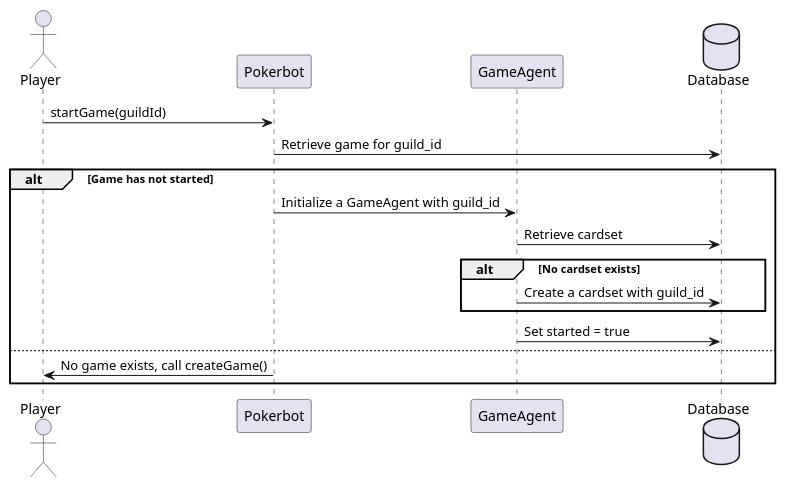
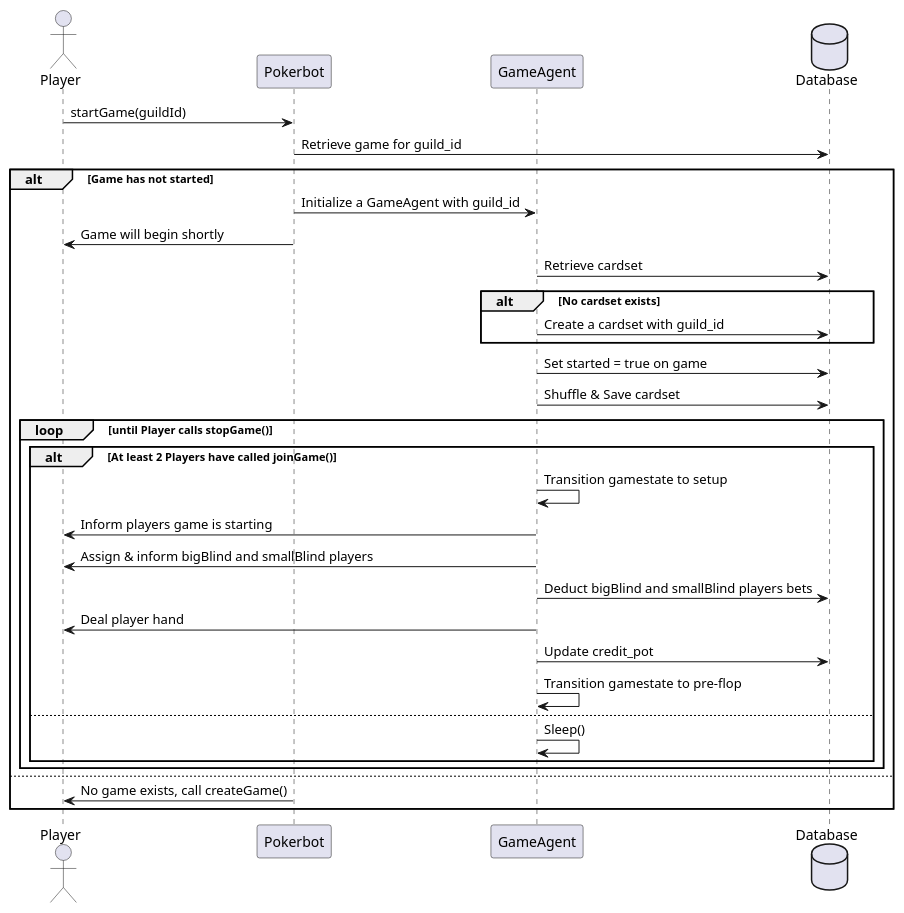
One commit to garyfish618/pokerbot changed the diagram in diagrams/game-sequence-startGame.puml. Above: the diagram before and after it, drawn with PlantUML. The commit also changed 3 other files, not shown here.

```diff
--- a/diagrams/game-sequence-startGame.puml
+++ b/diagrams/game-sequence-startGame.puml
@@ -1,22 +1,42 @@
 @startuml
 actor Player
 participant Pokerbot
 participant  GameAgent
 database Database
 
 Player -> Pokerbot: startGame(guildId)
 Pokerbot -> Database: Retrieve game for guild_id
 alt Game has not started
     Pokerbot -> GameAgent: Initialize a GameAgent with guild_id
+    Pokerbot -> Player: Game will begin shortly
     GameAgent -> Database: Retrieve cardset
     alt No cardset exists
         GameAgent -> Database: Create a cardset with guild_id
+
     end
-    GameAgent -> Database: Set started = true
+    GameAgent -> Database: Set started = true on game
+    GameAgent -> Database : Shuffle & Save cardset
+    loop until Player calls stopGame()
+        alt At least 2 Players have called joinGame() 
+            GameAgent -> GameAgent: Transition gamestate to setup
+            GameAgent -> Player: Inform players game is starting
+            GameAgent -> Player: Assign & inform bigBlind and smallBlind players
+            GameAgent -> Database: Deduct bigBlind and smallBlind players bets
+            GameAgent -> Player: Deal player hand
+
+            GameAgent -> Database: Update credit_pot
+            GameAgent -> GameAgent: Transition gamestate to pre-flop
+
+        else
+         GameAgent -> GameAgent: Sleep()
+        end
+    end loop
+
+
     
     
 
 else
     Pokerbot -> Player: No game exists, call createGame()
 end
 @enduml
```
